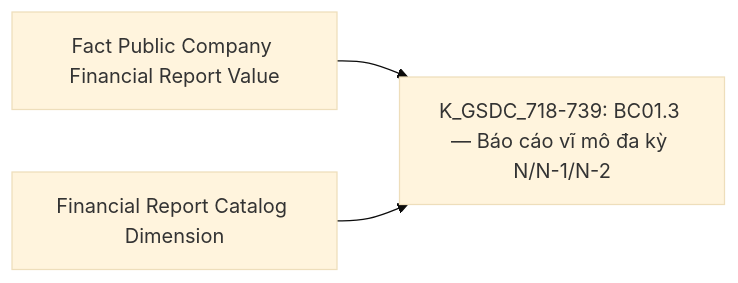
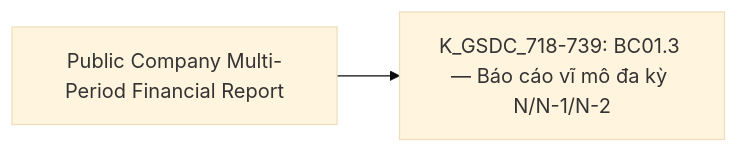
One commit to linhlvit/ubck_atomic_design changed diagram 52 of 55 in Datamart/hld/DTM_GSDC_HLD.md. Above: the diagram before and after it, drawn with Mermaid (base theme). The commit also changed other lines of this file and 42 other files, not shown here.

````diff
--- a/Datamart/hld/DTM_GSDC_HLD.md
+++ b/Datamart/hld/DTM_GSDC_HLD.md
@@ -2593,5 +2947,4 @@
 ```mermaid
 flowchart LR
-    fct_pc_fr_val_g40["Fact Public Company Financial Report Value"] --> R40["K_GSDC_718-739: BC01.3 — Báo cáo vĩ mô đa kỳ N/N-1/N-2"]
-    financial_rpt_catalog_dim_g40["Financial Report Catalog Dimension"] --> R40
+    public_company_multi_period_financial_rpt_g40["Public Company Multi-Period Financial Report"] --> R40["K_GSDC_718-739: BC01.3 — Báo cáo vĩ mô đa kỳ N/N-1/N-2"]
 ```
````
